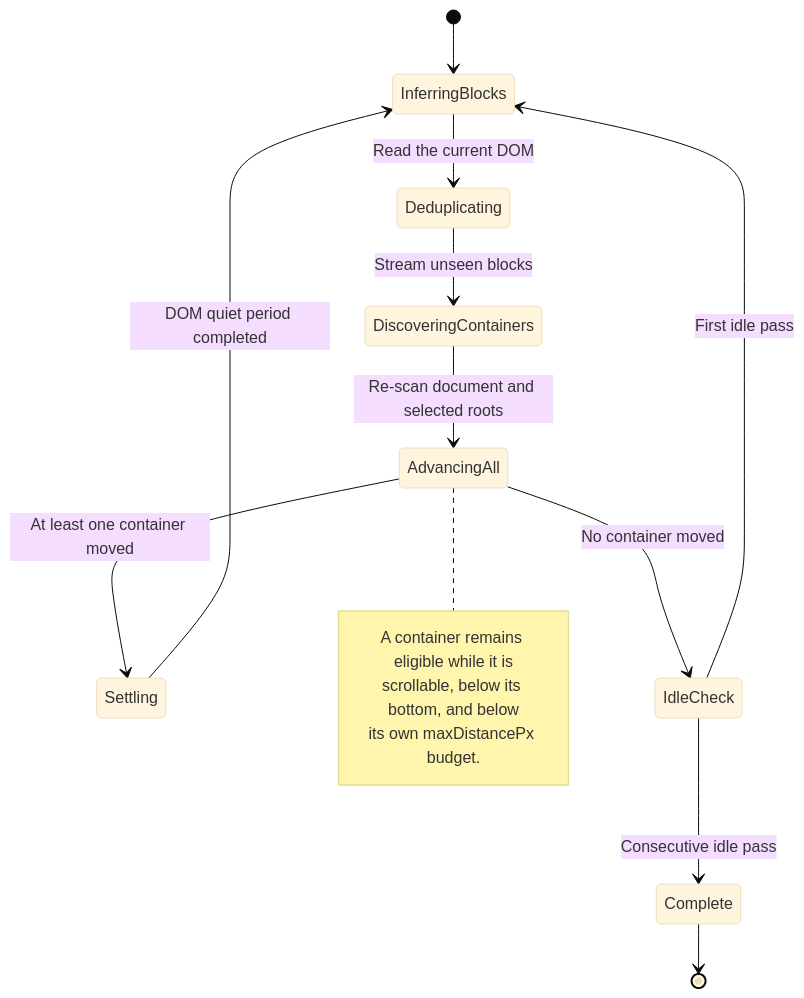
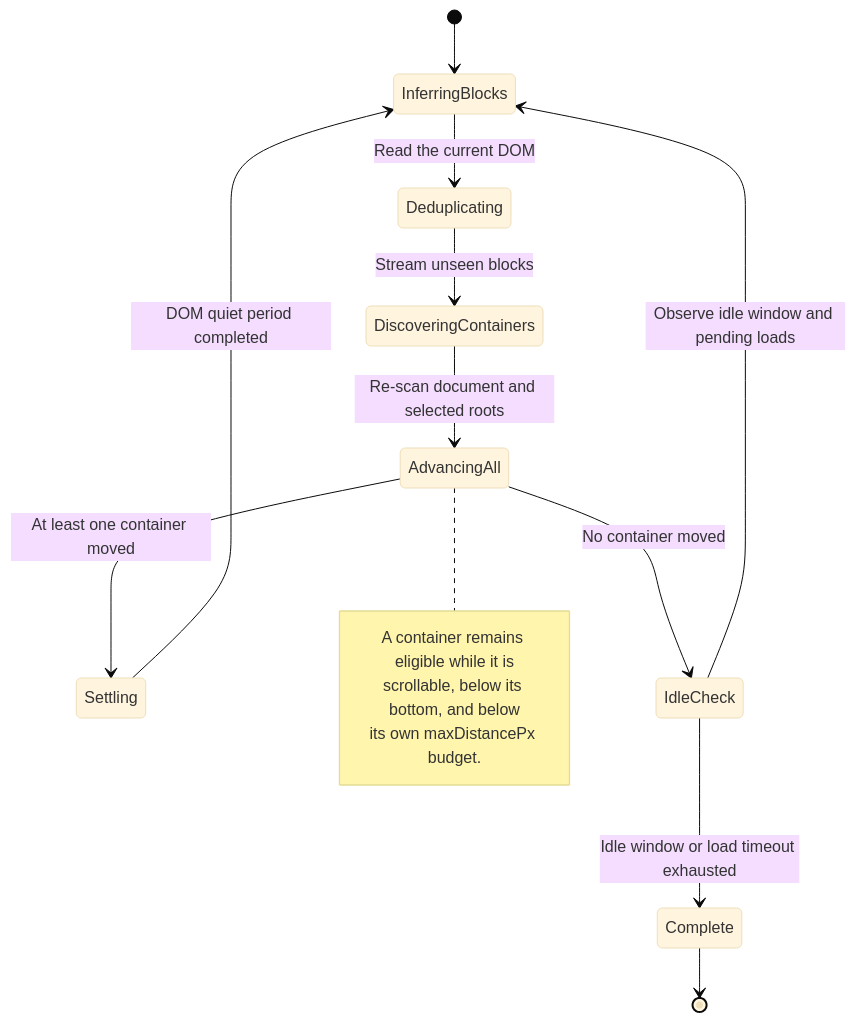
One commit to Joey-Kot/Browser-Extractor changed the fourth of 5 diagrams in README.md. Above: the diagram before and after it, drawn with Mermaid (base theme). The commit also changed other lines of this file and 22 other files, not shown here.

````diff
--- a/README.md
+++ b/README.md
@@ -201,20 +202,20 @@
 ```mermaid
 stateDiagram-v2
     [*] --> InferringBlocks
     InferringBlocks --> Deduplicating: Read the current DOM
     Deduplicating --> DiscoveringContainers: Stream unseen blocks
     DiscoveringContainers --> AdvancingAll: Re-scan document and selected roots
     AdvancingAll --> Settling: At least one container moved
     Settling --> InferringBlocks: DOM quiet period completed
     AdvancingAll --> IdleCheck: No container moved
-    IdleCheck --> InferringBlocks: First idle pass
-    IdleCheck --> Complete: Consecutive idle pass
+    IdleCheck --> InferringBlocks: Observe idle window and pending loads
+    IdleCheck --> Complete: Idle window or load timeout exhausted
 
     note right of AdvancingAll
         A container remains eligible while it is
         scrollable, below its bottom, and below
         its own maxDistancePx budget.
     end note
 
     Complete --> [*]
 ```
````
